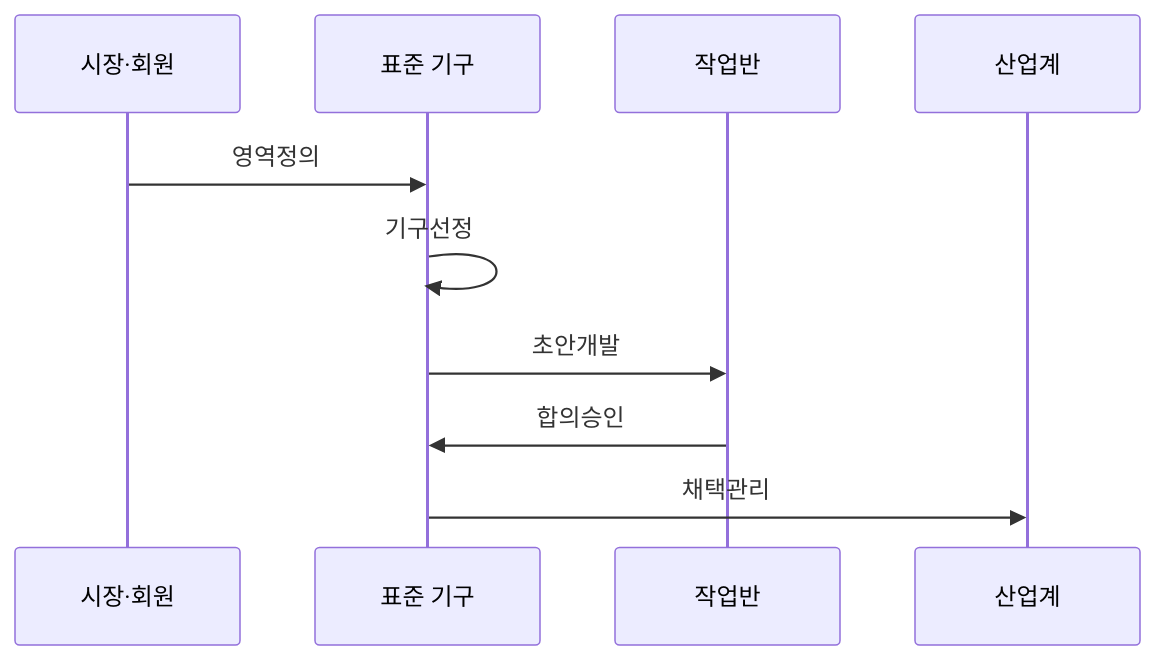
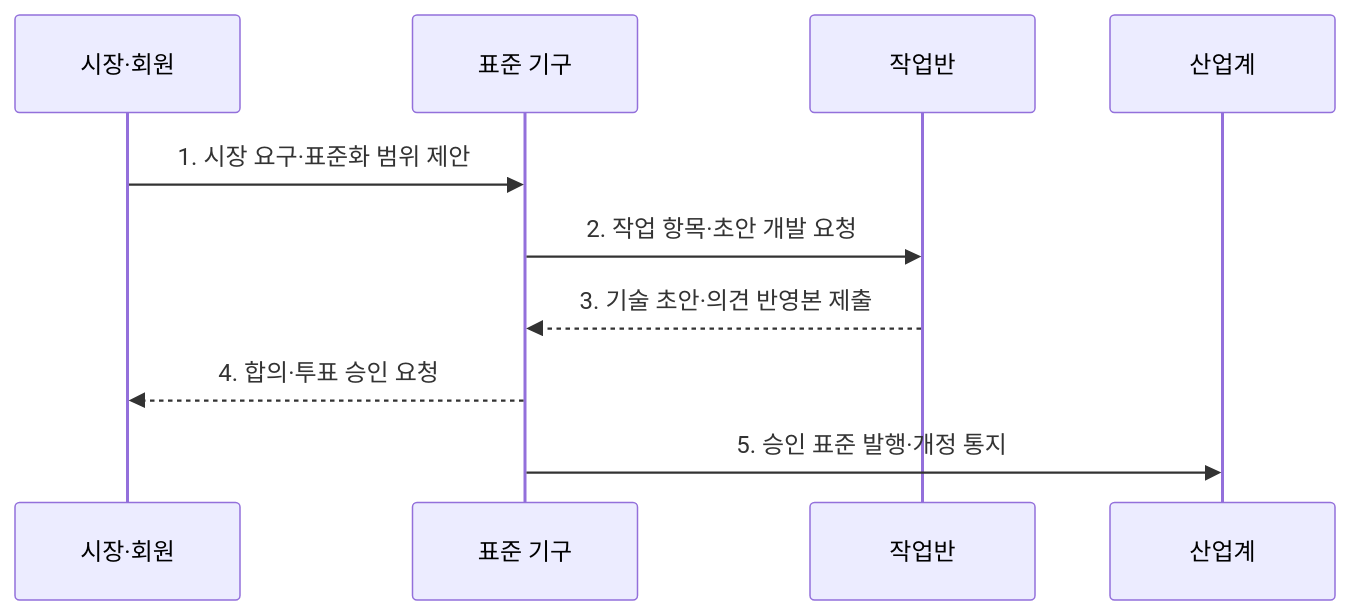
Before and after one commit to agnusdei1207/knowledge-base: the second of 2 diagrams in src/content/docs/notes/07-law-policy/042_international_standards_bodies.md, drawn with Mermaid. The commit also changed other lines of this file and 5 other files, not shown here.

````diff
--- a/src/content/docs/notes/07-law-policy/042_international_standards_bodies.md
+++ b/src/content/docs/notes/07-law-policy/042_international_standards_bodies.md
@@ -65,12 +72,12 @@
 ```mermaid
 sequenceDiagram
     participant M as 시장·회원
     participant S as 표준 기구
     participant W as 작업반
     participant I as 산업계
-    M->>S: 영역정의
-    S->>S: 기구선정
-    S->>W: 초안개발
-    W->>S: 합의승인
-    S->>I: 채택관리
+    M->>S: 1. 시장 요구·표준화 범위 제안
+    S->>W: 2. 작업 항목·초안 개발 요청
+    W-->>S: 3. 기술 초안·의견 반영본 제출
+    S-->>M: 4. 합의·투표 승인 요청
+    S->>I: 5. 승인 표준 발행·개정 통지
 ```
````
